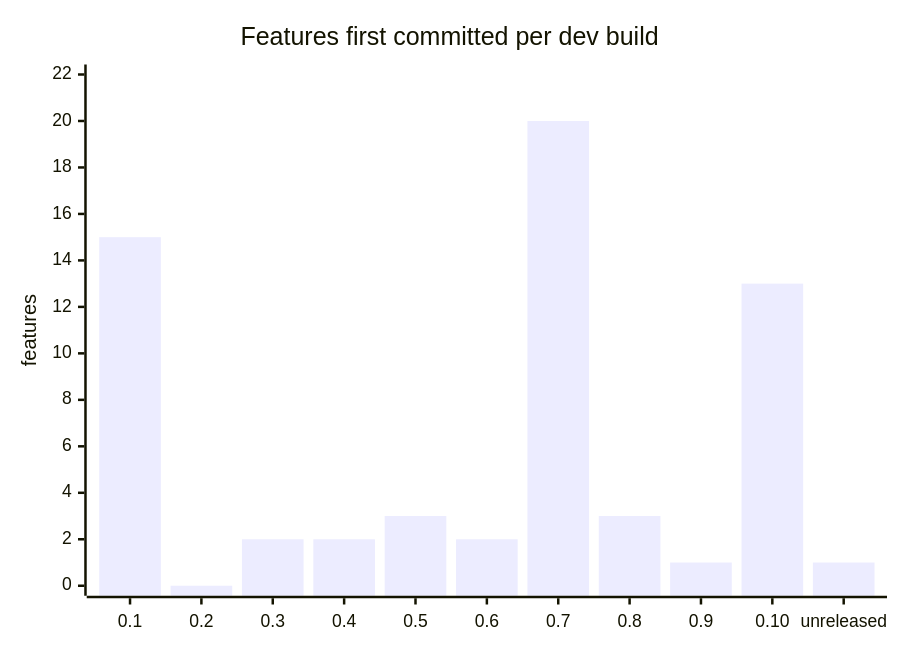
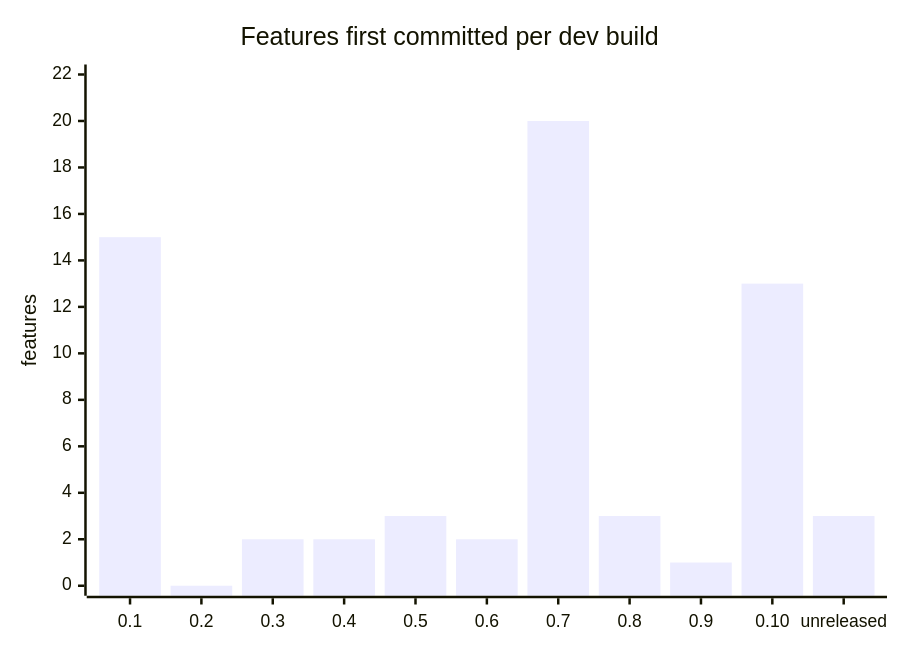
One commit to Aajos/ThatWay changed the diagram in docs/vault/_generated/Build timeline.md. Above: the diagram before and after it, drawn with Mermaid. The commit also changed other lines of this file and 27 other files, not shown here.

````diff
--- a/docs/vault/_generated/Build timeline.md
+++ b/docs/vault/_generated/Build timeline.md
@@ -78,7 +78,7 @@
 ```mermaid
 xychart-beta
     title "Features first committed per dev build"
     x-axis ["0.1", "0.2", "0.3", "0.4", "0.5", "0.6", "0.7", "0.8", "0.9", "0.10", "unreleased"]
     y-axis "features" 0 --> 22
-    bar [15, 0, 2, 2, 3, 2, 20, 3, 1, 13, 1]
+    bar [15, 0, 2, 2, 3, 2, 20, 3, 1, 13, 3]
 ```
````
